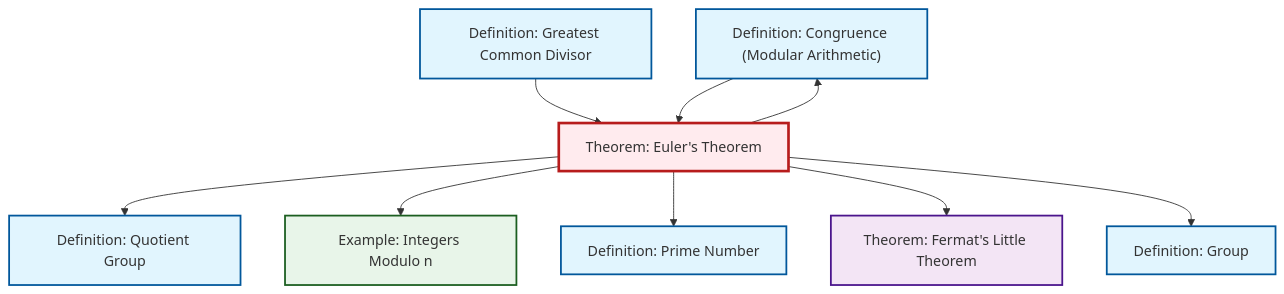
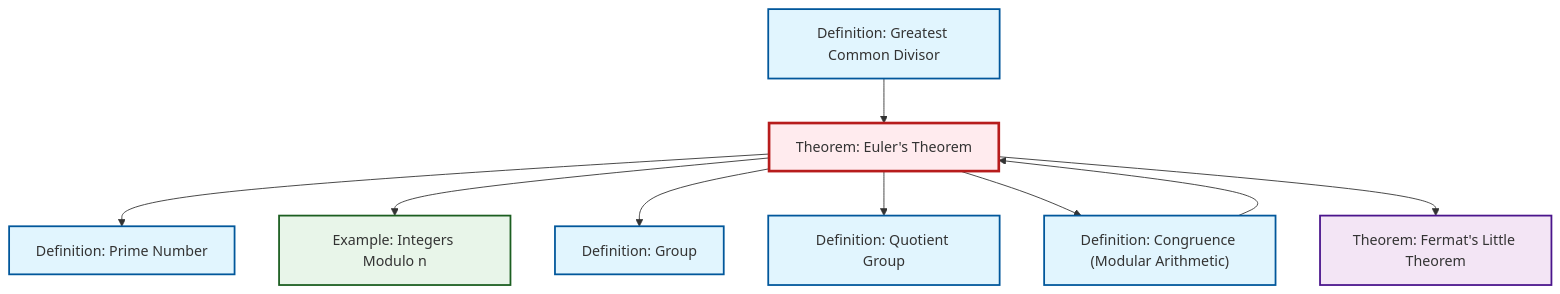
Before and after one commit to RK0429/ModernMath: the diagram in output/mermaid/en/thm-euler.mermaid, drawn with Mermaid. The commit also changed other lines of this file and 3102 other files, not shown here.

```diff
--- a/output/mermaid/en/thm-euler.mermaid
+++ b/output/mermaid/en/thm-euler.mermaid
@@ -1,24 +1,24 @@
 %%| fig-cap: "Local dependency graph"
 graph TD
     classDef definition fill:#e1f5fe,stroke:#01579b,stroke-width:2px
     classDef theorem fill:#f3e5f5,stroke:#4a148c,stroke-width:2px
     classDef axiom fill:#fff3e0,stroke:#e65100,stroke-width:2px
     classDef example fill:#e8f5e9,stroke:#1b5e20,stroke-width:2px
     classDef current fill:#ffebee,stroke:#b71c1c,stroke-width:3px
+    def-gcd["Definition: Greatest Common Divisor"]:::definition
+    thm-euler["Theorem: Euler's Theorem"]:::theorem
+    thm-fermat-little["Theorem: Fermat's Little Theorem"]:::theorem
+    def-prime["Definition: Prime Number"]:::definition
+    def-group["Definition: Group"]:::definition
+    def-congruence["Definition: Congruence (Modular Arithmetic)"]:::definition
     ex-quotient-integers-mod-n["Example: Integers Modulo n"]:::example
-    def-congruence["Definition: Congruence (Modular Arithmetic)"]:::definition
     def-quotient-group["Definition: Quotient Group"]:::definition
-    def-gcd["Definition: Greatest Common Divisor"]:::definition
-    def-prime["Definition: Prime Number"]:::definition
-    thm-euler["Theorem: Euler's Theorem"]:::theorem
-    def-group["Definition: Group"]:::definition
-    thm-fermat-little["Theorem: Fermat's Little Theorem"]:::theorem
+    thm-euler --> def-prime
+    thm-euler --> ex-quotient-integers-mod-n
+    thm-euler --> def-group
+    def-gcd --> thm-euler
+    def-congruence --> thm-euler
     thm-euler --> def-quotient-group
-    def-gcd --> thm-euler
-    thm-euler --> ex-quotient-integers-mod-n
-    thm-euler --> def-prime
+    thm-euler --> def-congruence
     thm-euler --> thm-fermat-little
-    def-congruence --> thm-euler
-    thm-euler --> def-group
-    thm-euler --> def-congruence
     class thm-euler current
```
